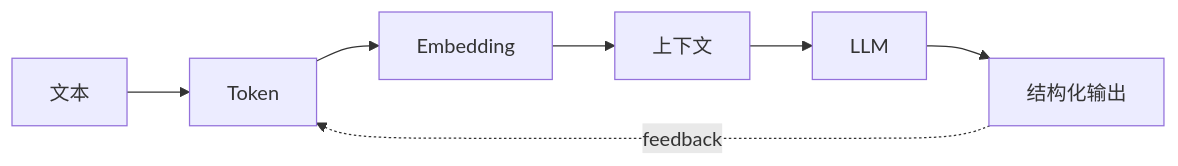
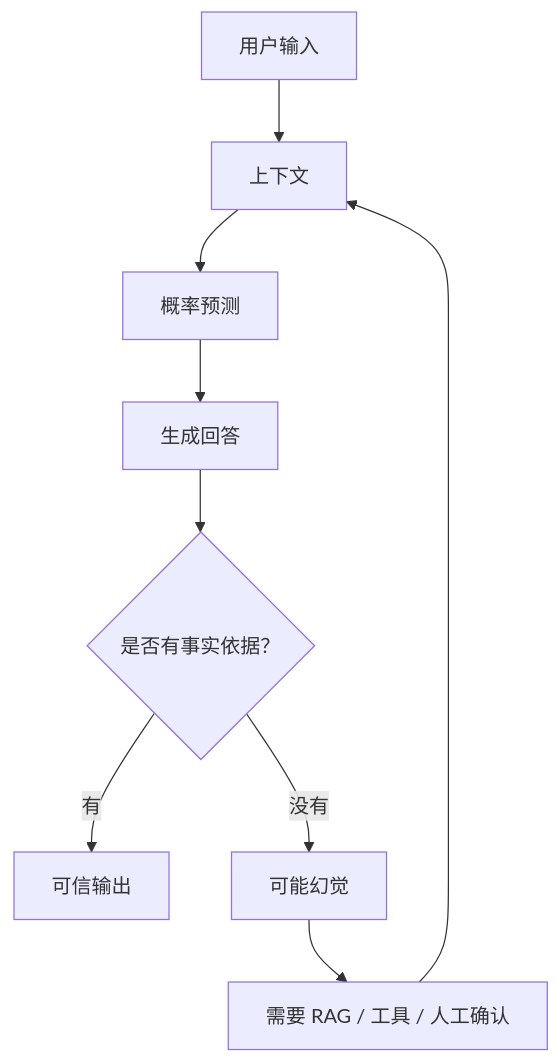
One commit to xiangbuchu77/AI-Agent-Book changed the diagram in book/01-AI-Basics/index.md. Above: the diagram before and after it, drawn with Mermaid. The commit also changed other lines of this file and 2 other files, not shown here.

````diff
--- a/book/01-AI-Basics/index.md
+++ b/book/01-AI-Basics/index.md
@@ -34,15 +214,11 @@
 ```mermaid
-flowchart LR
-    N0["文本"]
-    N1["Token"]
-    N2["Embedding"]
-    N3["上下文"]
-    N4["LLM"]
-    N5["结构化输出"]
-    N0 --> N1
-    N1 --> N2
-    N2 --> N3
-    N3 --> N4
-    N4 --> N5
-    N5 -. feedback .-> N1
+flowchart TD
+    A["用户输入"] --> B["上下文"]
+    B --> C["概率预测"]
+    C --> D["生成回答"]
+    D --> E{"是否有事实依据？"}
+    E -- "有" --> F["可信输出"]
+    E -- "没有" --> G["可能幻觉"]
+    G --> H["需要 RAG / 工具 / 人工确认"]
+    H --> B
 ```
````
